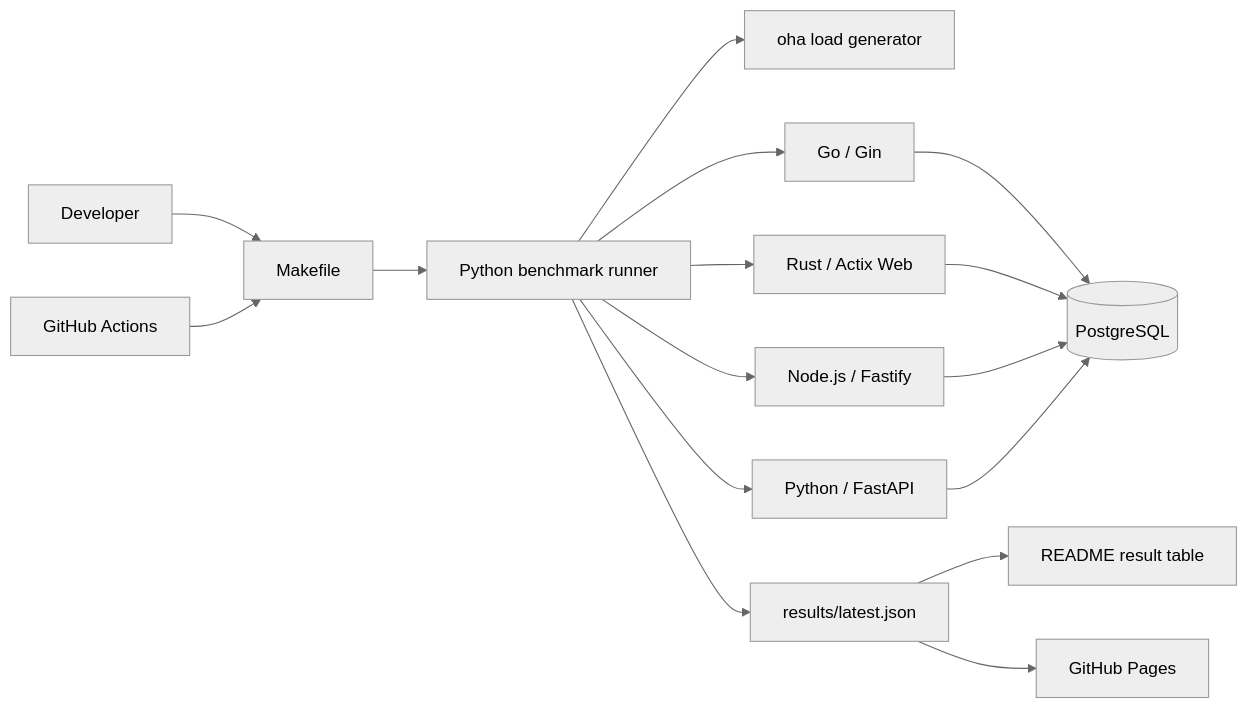
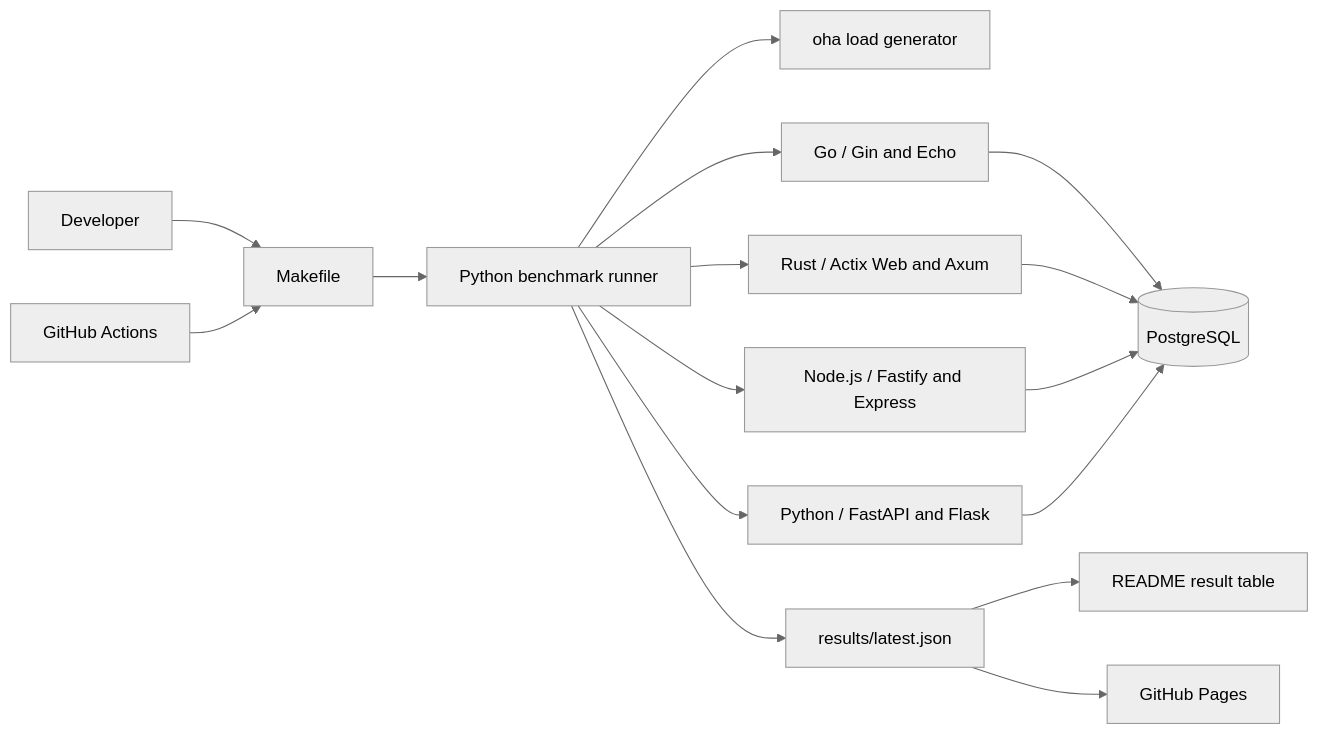
One commit to tappe9/simple-api-benchmark changed the diagram in ARCHITECTURE.md. Above: the diagram before and after it, drawn with Mermaid (neutral theme). The commit also changed other lines of this file and 14 other files, not shown here.

````diff
--- a/ARCHITECTURE.md
+++ b/ARCHITECTURE.md
@@ -28,18 +28,18 @@
 ```mermaid
 flowchart LR
     U[Developer] --> M[Makefile]
     G[GitHub Actions] --> M
     M --> R[Python benchmark runner]
     R --> O[oha load generator]
-    R --> A1[Go / Gin]
-    R --> A2[Rust / Actix Web]
-    R --> A3[Node.js / Fastify]
-    R --> A4[Python / FastAPI]
+    R --> A1[Go / Gin and Echo]
+    R --> A2[Rust / Actix Web and Axum]
+    R --> A3[Node.js / Fastify and Express]
+    R --> A4[Python / FastAPI and Flask]
     A1 --> P[(PostgreSQL)]
     A2 --> P
     A3 --> P
     A4 --> P
     R --> J[results/latest.json]
     J --> D[README result table]
     J --> S[GitHub Pages]
 ```
````
